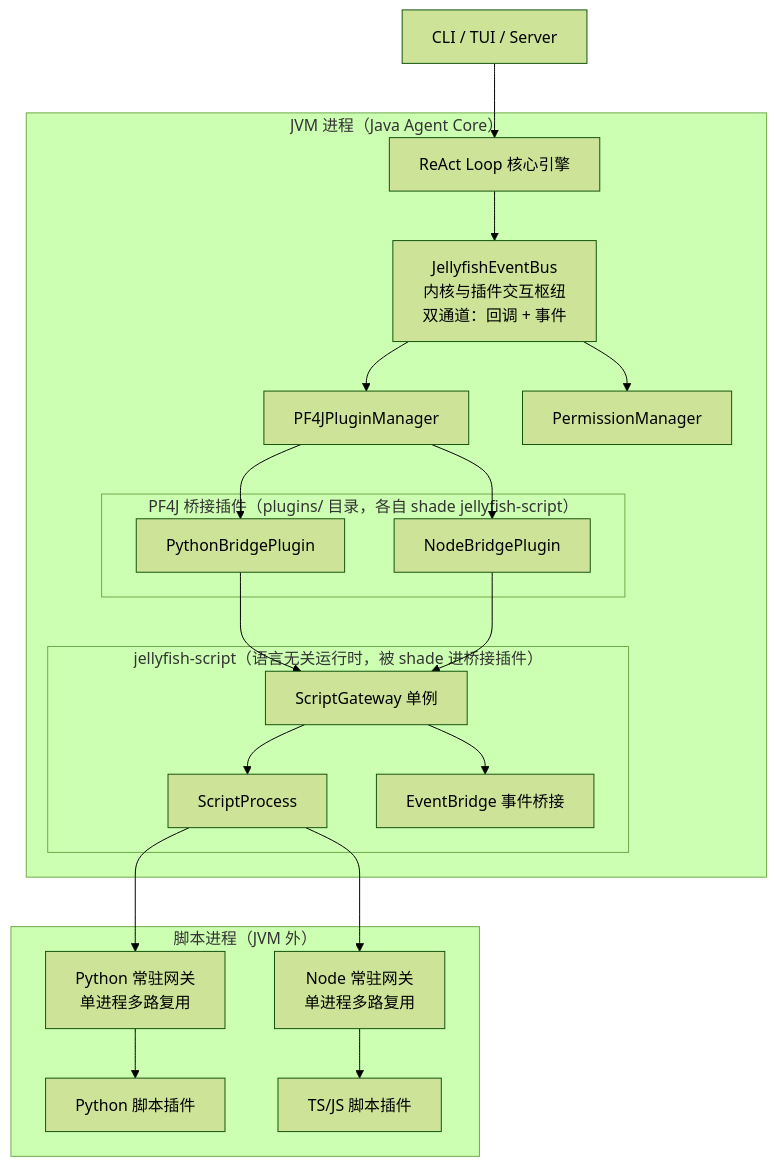
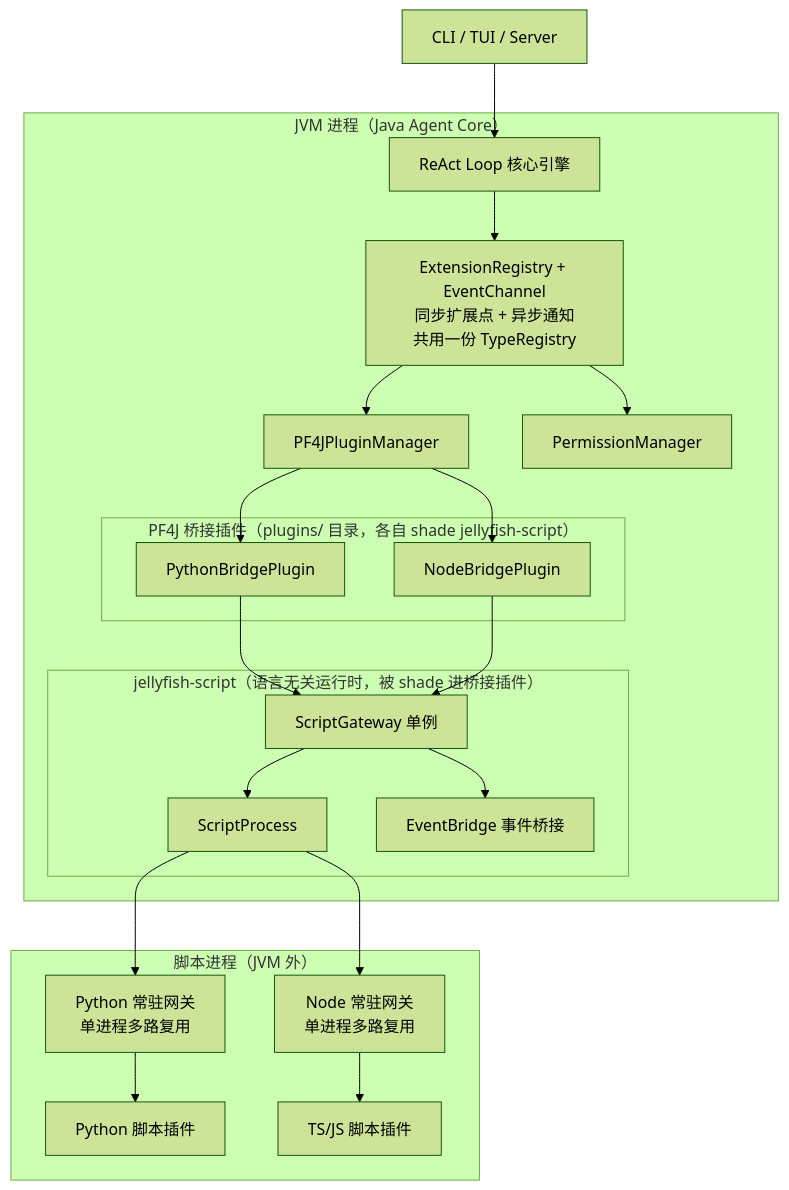
One commit to zcd0831/Jellyfish changed the first of 2 diagrams in 跨语言插件方案.md. Above: the diagram before and after it, drawn with Mermaid (forest theme). The commit also changed other lines of this file and 1 other file, not shown here.

Commit message:
docs: 同步秩序查找语义并更新跨语言方案中的通道命名
AGENTS.md 的同步派发表述改为「注册表只提供有序查找与单处理器执行、编排归调用方」；跨语言方案里的交互枢纽改名为 ExtensionRegistry + EventChannel。

````diff
--- a/跨语言插件方案.md
+++ b/跨语言插件方案.md
@@ -36,42 +36,42 @@
 ```mermaid
 graph TB
     subgraph JVM["JVM 进程（Java Agent Core）"]
         Core["ReAct Loop 核心引擎"]
-        Bus["JellyfishEventBus<br>内核与插件交互枢纽<br>双通道：回调 + 事件"]
+        Bus["ExtensionRegistry + EventChannel<br>同步扩展点 + 异步通知<br>共用一份 TypeRegistry"]
         PluginMgr["PF4JPluginManager"]
         Perm["PermissionManager"]
 
         subgraph BridgePlugins["PF4J 桥接插件（plugins/ 目录，各自 shade jellyfish-script）"]
             P1["PythonBridgePlugin"]
             P2["NodeBridgePlugin"]
         end
 
         subgraph Runtime["jellyfish-script（语言无关运行时，被 shade 进桥接插件）"]
             Gateway["ScriptGateway 单例"]
             Transport["ScriptProcess"]
             EvtBridge["EventBridge 事件桥接"]
         end
     end
 
     subgraph Scripts["脚本进程（JVM 外）"]
         Py["Python 常驻网关<br>单进程多路复用"]
         Node["Node 常驻网关<br>单进程多路复用"]
         PyPlugins["Python 脚本插件"]
         NodePlugins["TS/JS 脚本插件"]
     end
 
     CLI["CLI / TUI / Server"] --> Core
     Core --> Bus
     Bus --> PluginMgr
     Bus --> Perm
     PluginMgr --> P1
     PluginMgr --> P2
     P1 --> Gateway
     P2 --> Gateway
     Gateway --> Transport
     Gateway --> EvtBridge
     Transport --> Py
     Transport --> Node
     Py --> PyPlugins
     Node --> NodePlugins
 ```
````
